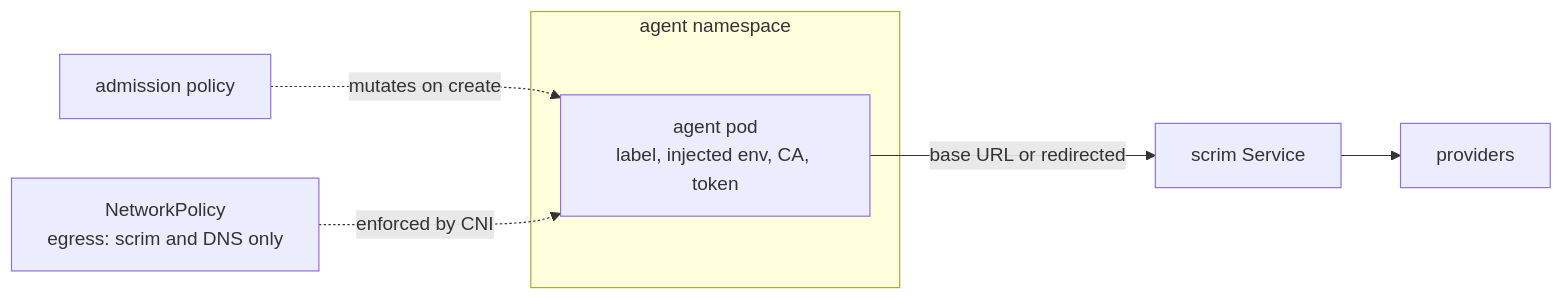
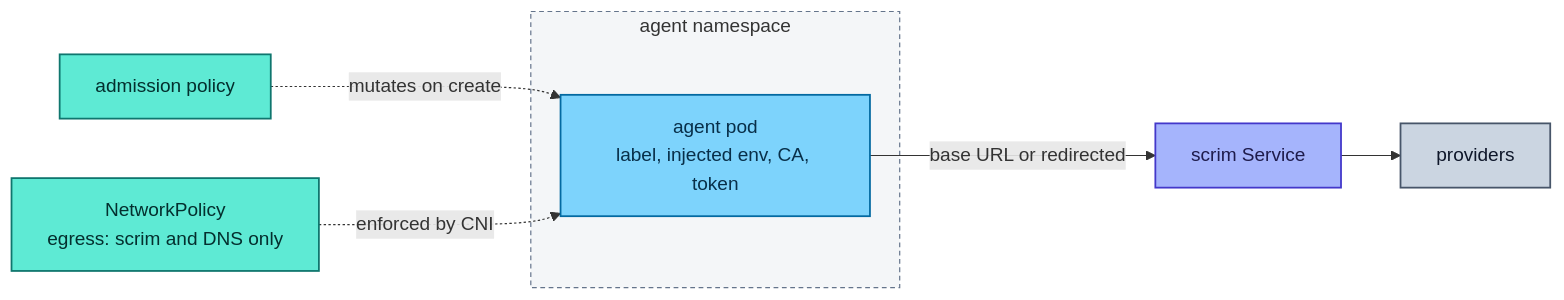
One commit to Heliopsy/scrim changed the sixth of 9 diagrams in docs/interception.md. Above: the diagram before and after it, drawn with Mermaid. The commit also changed other lines of this file and 6 other files, not shown here.

Commit message:
docs: new scrim logo and colour-coded mermaid diagrams

````diff
--- a/docs/interception.md
+++ b/docs/interception.md
@@ -449,9 +494,19 @@
 ```mermaid
 flowchart LR
   subgraph ns["agent namespace"]
     pod["agent pod<br>label, injected env, CA, token"]
   end
   adm["admission policy"] -. "mutates on create" .-> pod
   np["NetworkPolicy<br>egress: scrim and DNS only"] -. "enforced by CNI" .-> pod
   pod -- "base URL or redirected" --> svc["scrim Service"] --> prov["providers"]
+  classDef agent fill:#7dd3fc,stroke:#0369a1,stroke-width:1.5px,color:#082f49
+  classDef dplane fill:#a5b4fc,stroke:#4338ca,stroke-width:1.5px,color:#1e1b4b
+  classDef ext fill:#cbd5e1,stroke:#475569,stroke-width:1.5px,color:#0f172a
+  classDef enforce fill:#5eead4,stroke:#0f766e,stroke-width:1.5px,color:#042f2e
+  classDef zone fill:#94a3b81a,stroke:#64748b,stroke-width:1px,stroke-dasharray:4 3
+  class pod agent
+  class adm,np enforce
+  class svc dplane
+  class prov ext
+  class ns zone
 ```
````
